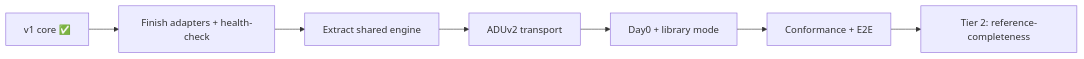
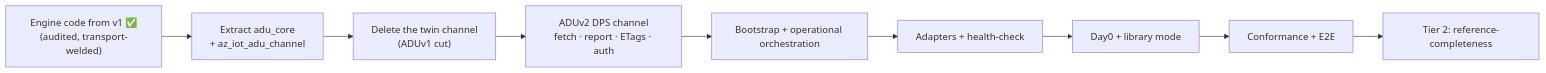
Before and after one commit to Azure/azure-iot-sdk: the first of 4 diagrams in c/docs/eng/adu-client-plan.md, drawn with Mermaid. The commit also changed other lines of this file and 11 other files, not shown here.

Commit message:
docs(adu): make ADUv2 the implementation target and record the ADUv1 cut

````diff
--- a/c/docs/eng/adu-client-plan.md
+++ b/c/docs/eng/adu-client-plan.md
@@ -125,9 +177,11 @@
 ```mermaid
 flowchart LR
-    A[v1 core ✅] --> B[Finish adapters + health-check]
-    B --> C[Extract shared engine]
-    C --> D[ADUv2 transport]
-    D --> E[Day0 + library mode]
-    E --> F[Conformance + E2E]
-    F --> G[Tier 2: reference-completeness]
+    A["Engine code from v1 ✅<br/>(audited, transport-welded)"] --> B["Extract adu_core<br/>+ az_iot_adu_channel"]
+    B --> C["Delete the twin channel<br/>(ADUv1 cut)"]
+    C --> D["ADUv2 DPS channel<br/>fetch · report · ETags · auth"]
+    D --> E["Bootstrap + operational orchestration"]
+    E --> F["Adapters + health-check"]
+    F --> G["Day0 + library mode"]
+    G --> H["Conformance + E2E"]
+    H --> I["Tier 2: reference-completeness"]
 ```
````
